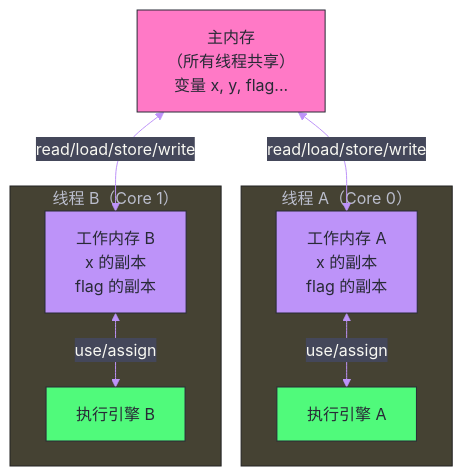
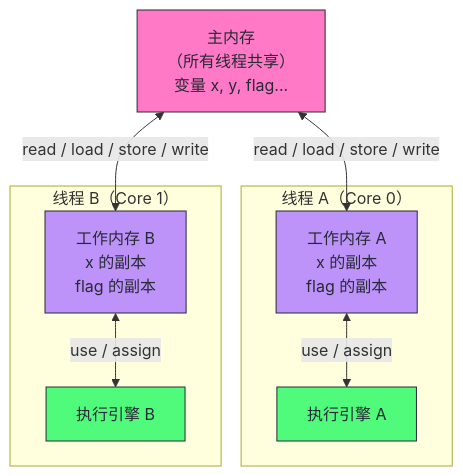
The first of 6 diagrams in content/Java/并发编程/线程安全问题/02 Java 内存模型（JMM）——happens-before 与可见性保证.md (hpliStartAgain/my-brain), drawn with Mermaid before and after one commit. The commit also changed other lines of this file and 455 other files, not shown here.

````diff
--- a/content/Java/并发编程/线程安全问题/02 Java 内存模型（JMM）——happens-before 与可见性保证.md
+++ b/content/Java/并发编程/线程安全问题/02 Java 内存模型（JMM）——happens-before 与可见性保证.md
@@ -36,27 +27,27 @@
 ```mermaid
-%%{init: {'theme': 'base', 'themeVariables': {'primaryColor': '#282a36', 'primaryTextColor': '#f8f8f2', 'primaryBorderColor': '#6272a4', 'lineColor': '#bd93f9', 'secondaryColor': '#44475a'}}}%%
+%%{init: {'theme': 'dracula'}}%%
 graph TD
-    MAIN["主内存</br>（所有线程共享）</br>变量 x, y, flag..."]
+    MAIN["主内存<br/>（所有线程共享）<br/>变量 x, y, flag..."]
 
     subgraph T1 ["线程 A（Core 0）"]
-        WM1["工作内存 A</br>x 的副本</br>flag 的副本"]
+        WM1["工作内存 A<br/>x 的副本<br/>flag 的副本"]
         EX1["执行引擎 A"]
     end
 
     subgraph T2 ["线程 B（Core 1）"]
-        WM2["工作内存 B</br>x 的副本</br>flag 的副本"]
+        WM2["工作内存 B<br/>x 的副本<br/>flag 的副本"]
         EX2["执行引擎 B"]
     end
 
-    MAIN <-->|"read/load/store/write"| WM1
-    MAIN <-->|"read/load/store/write"| WM2
-    WM1 <-->|"use/assign"| EX1
-    WM2 <-->|"use/assign"| EX2
+    MAIN <-->|"read / load / store / write"| WM1
+    MAIN <-->|"read / load / store / write"| WM2
+    WM1 <-->|"use / assign"| EX1
+    WM2 <-->|"use / assign"| EX2
 
     classDef main fill:#ff79c6,stroke:#282a36,color:#282a36
     classDef work fill:#bd93f9,stroke:#282a36,color:#282a36
     classDef exec fill:#50fa7b,stroke:#282a36,color:#282a36
     class MAIN main
     class WM1,WM2 work
     class EX1,EX2 exec
 ```
````
